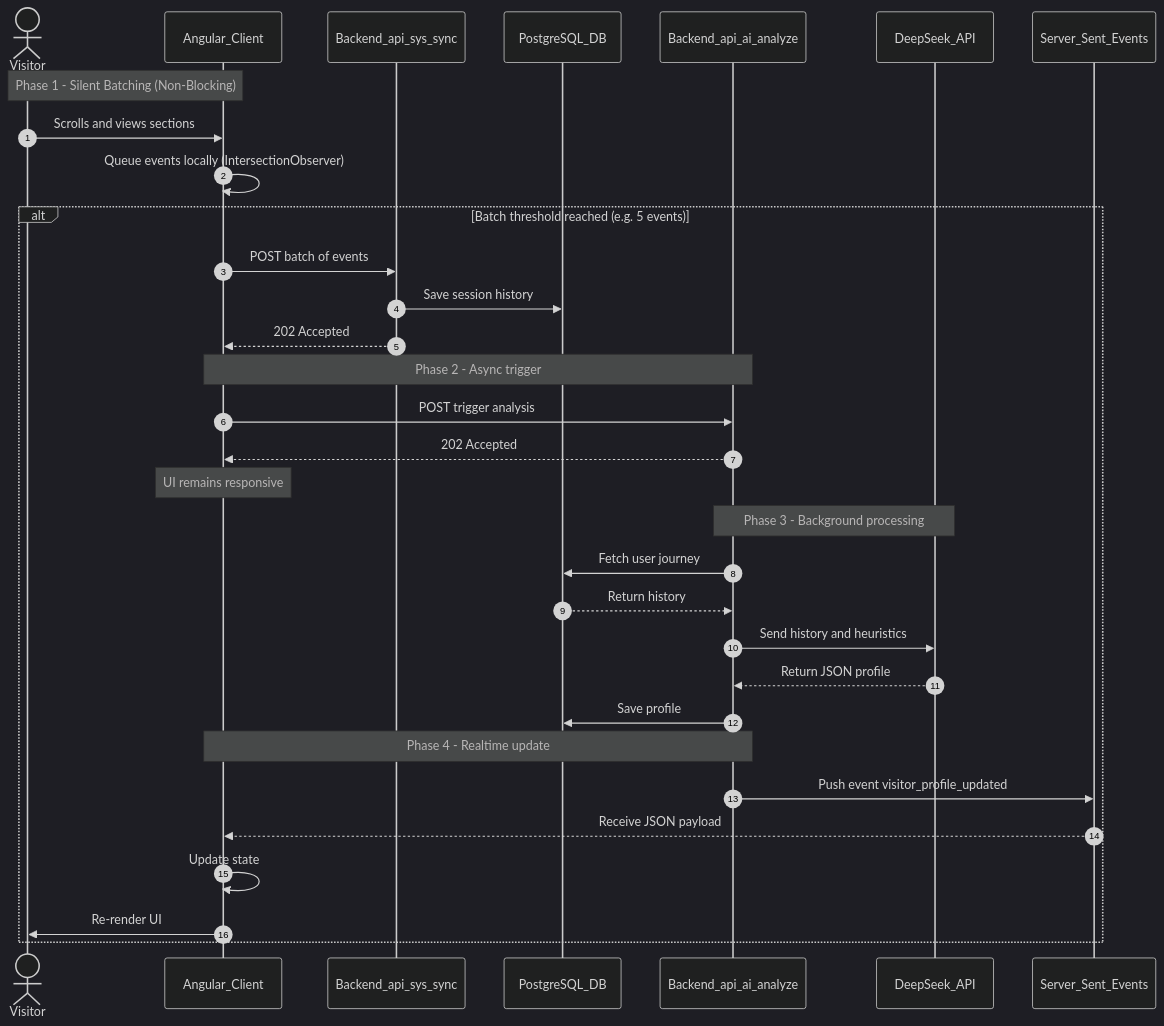
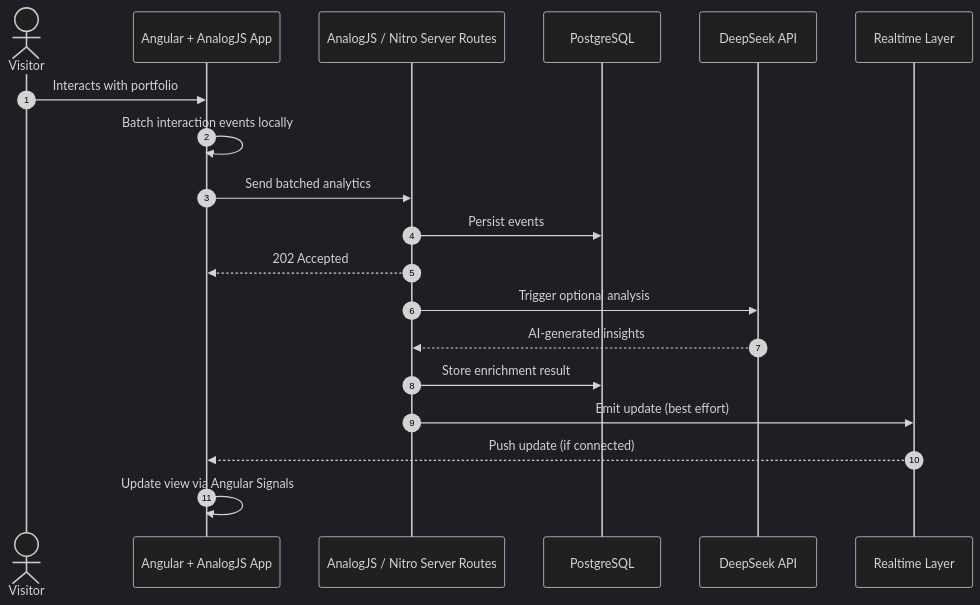
The diagram in README.md (robertkameni/portfolio), drawn with Mermaid (dark theme) before and after one commit. The commit also changed other lines of this file and 20 other files, not shown here.

````diff
--- a/README.md
+++ b/README.md
@@ -36,39 +51,26 @@
 ```mermaid
 sequenceDiagram
     autonumber
     actor User as Visitor
-    participant Browser as Angular_Client
-    participant API_Sync as Backend_api_sys_sync
-    participant DB as PostgreSQL_DB
-    participant API_AI as Backend_api_ai_analyze
-    participant DeepSeek as DeepSeek_API
-    participant SSE as Server_Sent_Events
+    participant UI as Angular + AnalogJS App
+    participant API as AnalogJS / Nitro Server Routes
+    participant DB as PostgreSQL
+    participant AI as DeepSeek API
+    participant SSE as Realtime Layer
 
-    Note over User,Browser: Phase 1 - Silent Batching (Non-Blocking)
-    User->>Browser: Scrolls and views sections
-    Browser->>Browser: Queue events locally (IntersectionObserver)
-    
-    alt Batch threshold reached (e.g. 5 events)
-        Browser->>API_Sync: POST batch of events
-        API_Sync->>DB: Save session history
-        API_Sync-->>Browser: 202 Accepted
-        
-        Note over Browser,API_AI: Phase 2 - Async trigger
-        Browser->>API_AI: POST trigger analysis
-        API_AI-->>Browser: 202 Accepted
-        Note over Browser: UI remains responsive
-        
-        Note over API_AI,DeepSeek: Phase 3 - Background processing
-        API_AI->>DB: Fetch user journey
-        DB-->>API_AI: Return history
-        API_AI->>DeepSeek: Send history and heuristics
-        DeepSeek-->>API_AI: Return JSON profile
-        API_AI->>DB: Save profile
-        
-        Note over API_AI,Browser: Phase 4 - Realtime update
-        API_AI->>SSE: Push event visitor_profile_updated
-        SSE-->>Browser: Receive JSON payload
-        Browser->>Browser: Update state
-        Browser->>User: Re-render UI
-    end
+    User->>UI: Interacts with portfolio
+    UI->>UI: Batch interaction events locally
+
+    UI->>API: Send batched analytics
+    API->>DB: Persist events
+    API-->>UI: 202 Accepted
+
+    API->>AI: Trigger optional analysis
+    AI-->>API: AI-generated insights
+    API->>DB: Store enrichment result
+
+    API->>SSE: Emit update (best effort)
+    SSE-->>UI: Push update (if connected)
+
+    UI->>UI: Update view via Angular Signals
 ```
````
